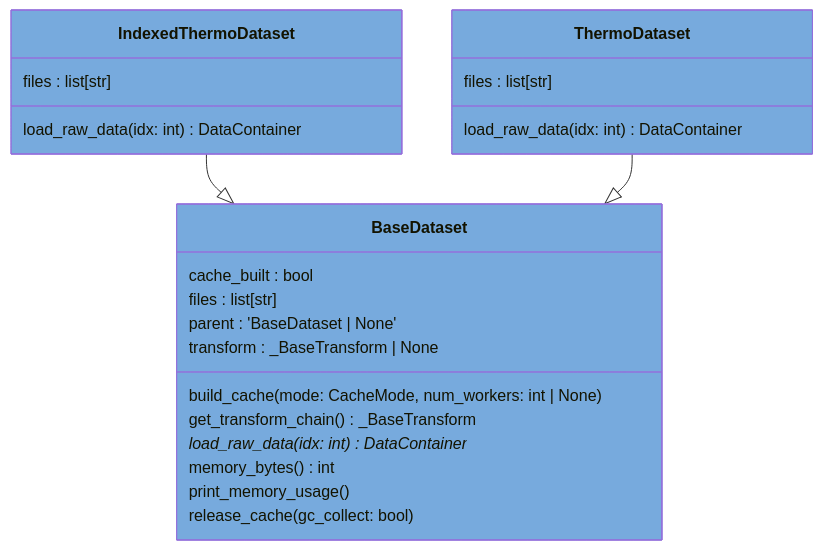
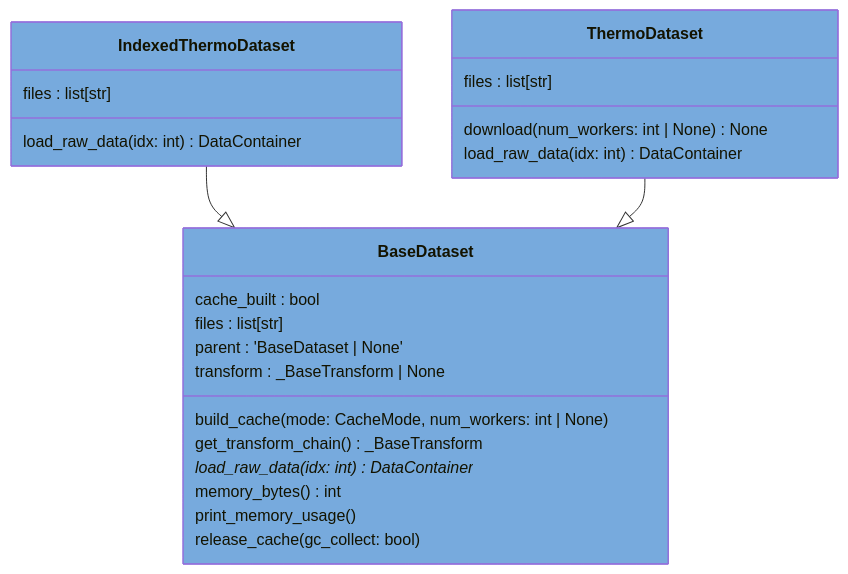
One commit to voidsy-gmbh/pyThermoNDT changed the diagram in docs/pyreverse/mermaid/classes_pythermondt.dataset.mmd. Above: the diagram before and after it, drawn with Mermaid. The commit also changed 13 other files, not shown here.

```diff
--- a/docs/pyreverse/mermaid/classes_pythermondt.dataset.mmd
+++ b/docs/pyreverse/mermaid/classes_pythermondt.dataset.mmd
@@ -1,26 +1,27 @@
 classDiagram
   class BaseDataset {
     cache_built : bool
     files : list[str]
     parent : 'BaseDataset | None'
     transform : _BaseTransform | None
     build_cache(mode: CacheMode, num_workers: int | None)
     get_transform_chain() _BaseTransform
     load_raw_data(idx: int)* DataContainer
     memory_bytes() int
     print_memory_usage()
     release_cache(gc_collect: bool)
   }
   style BaseDataset fill:#77AADD
   class IndexedThermoDataset {
     files : list[str]
     load_raw_data(idx: int) DataContainer
   }
   style IndexedThermoDataset fill:#77AADD
   class ThermoDataset {
     files : list[str]
+    download(num_workers: int | None) None
     load_raw_data(idx: int) DataContainer
   }
   style ThermoDataset fill:#77AADD
   IndexedThermoDataset --|> BaseDataset
   ThermoDataset --|> BaseDataset
```
